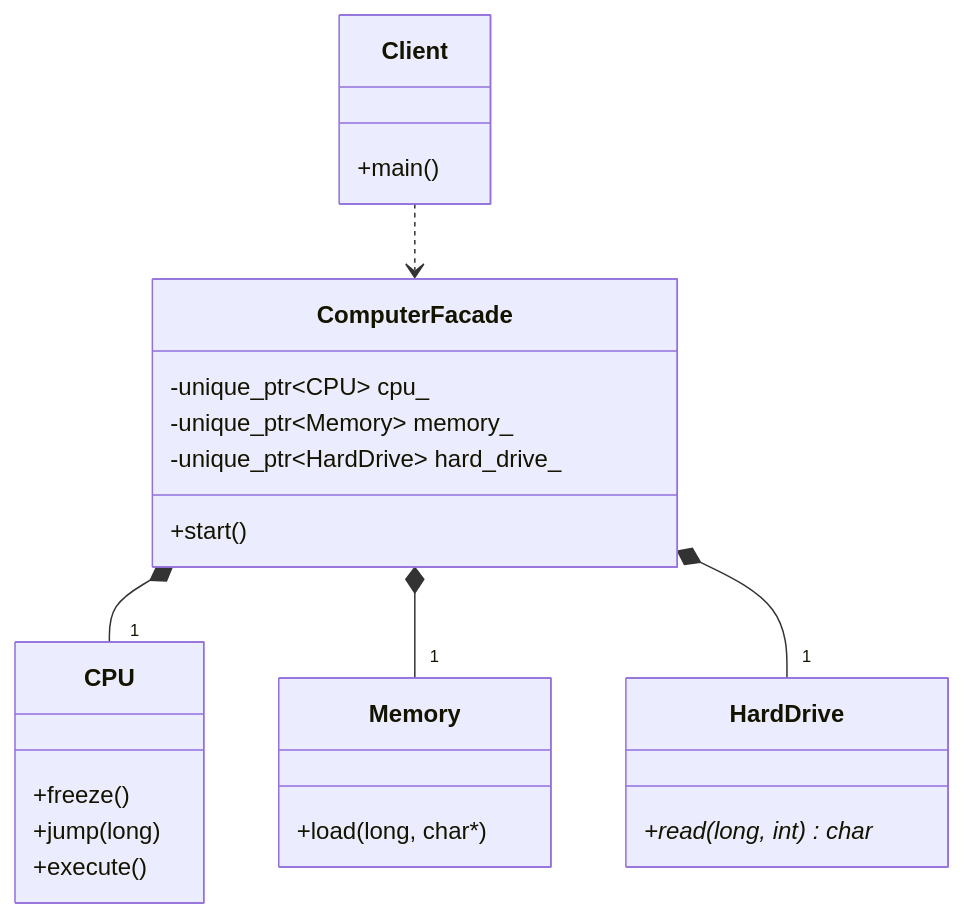
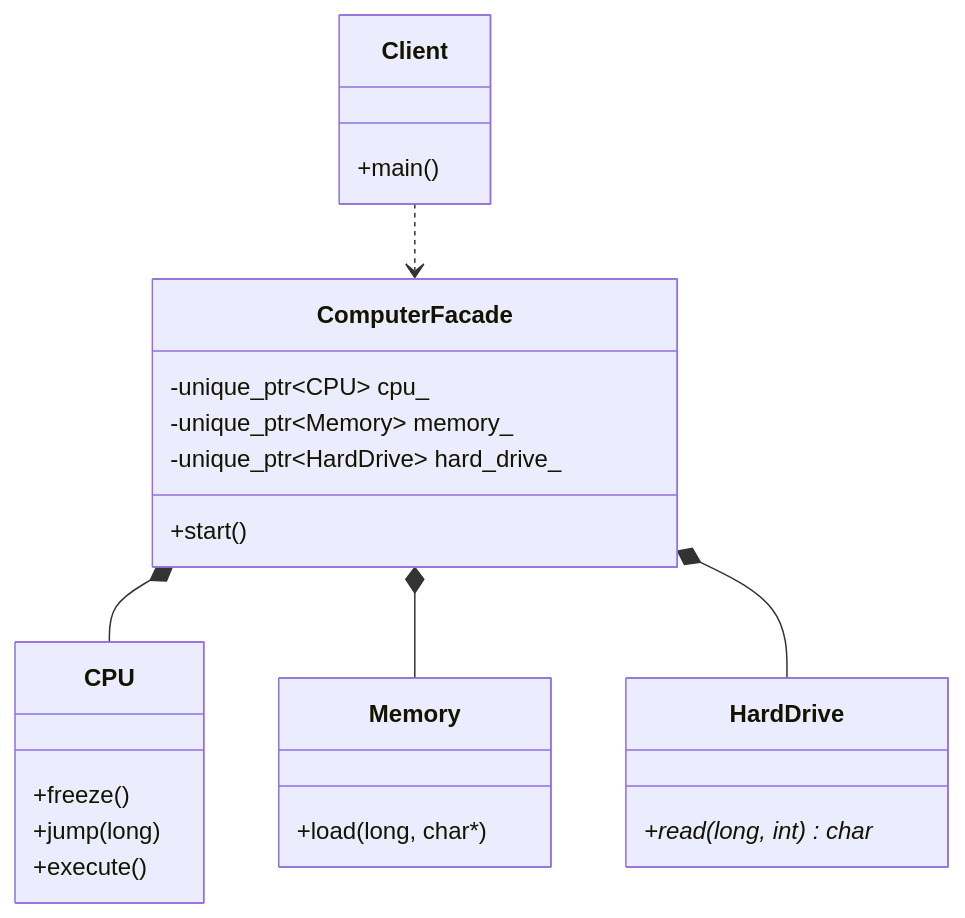
Before and after one commit to Cichlidfishexigency721/Modern-CPP-Design-Patterns: the diagram in 12_Facade/README.md, drawn with Mermaid. The commit also changed 22 other files, not shown here.

Commit message:
UML improvement

````diff
--- a/12_Facade/README.md
+++ b/12_Facade/README.md
@@ -55,35 +55,35 @@
 ```mermaid
 classDiagram
    class CPU {
       +freeze()
       +jump(long)
       +execute()
    }
 
    class HardDrive {
       +read(long, int) char*
    }
 
    class Memory {
       +load(long, char*)
    }
 
    class ComputerFacade {
       -unique_ptr~CPU~ cpu_
       -unique_ptr~Memory~ memory_
       -unique_ptr~HardDrive~ hard_drive_
       +start()
    }
 
    class Client {
       +main()
    }
 
    %% The Facade owns and manages the subsystem components
-   ComputerFacade *-- "1" CPU
-   ComputerFacade *-- "1" Memory
-   ComputerFacade *-- "1" HardDrive
+   ComputerFacade *-- CPU
+   ComputerFacade *-- Memory
+   ComputerFacade *-- HardDrive
 
    %% The Client only interacts with the simple interface
    Client ..> ComputerFacade
 ```
````
